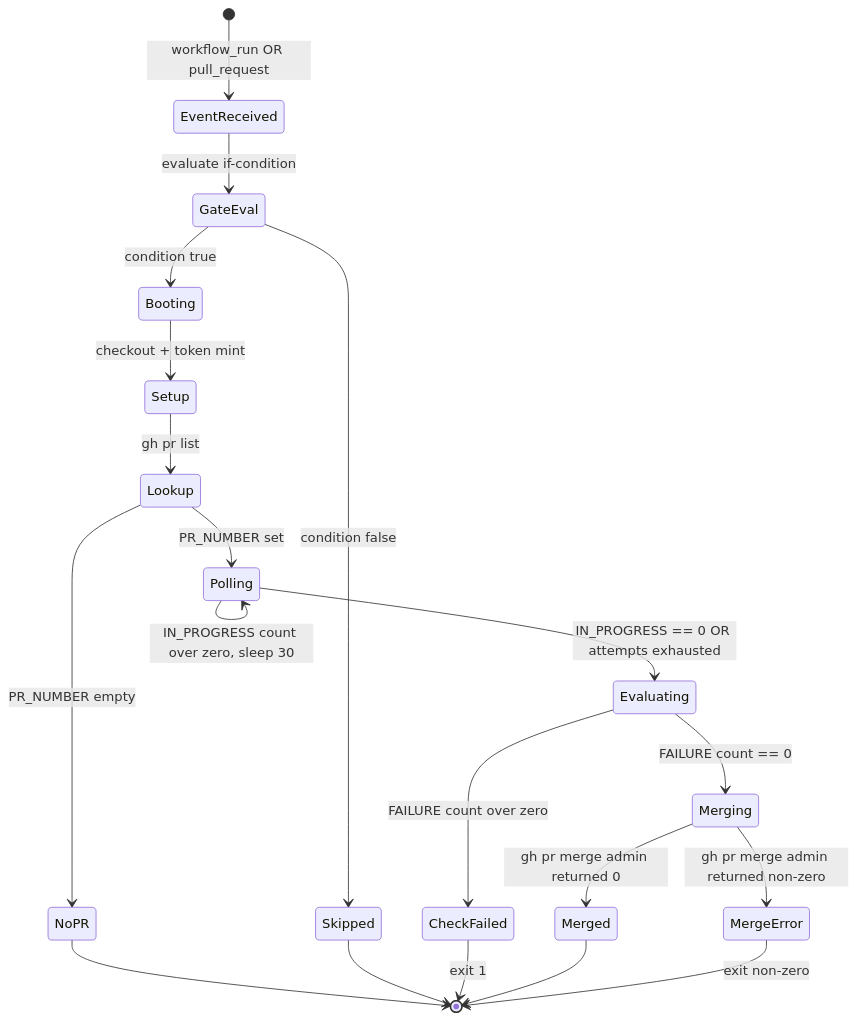
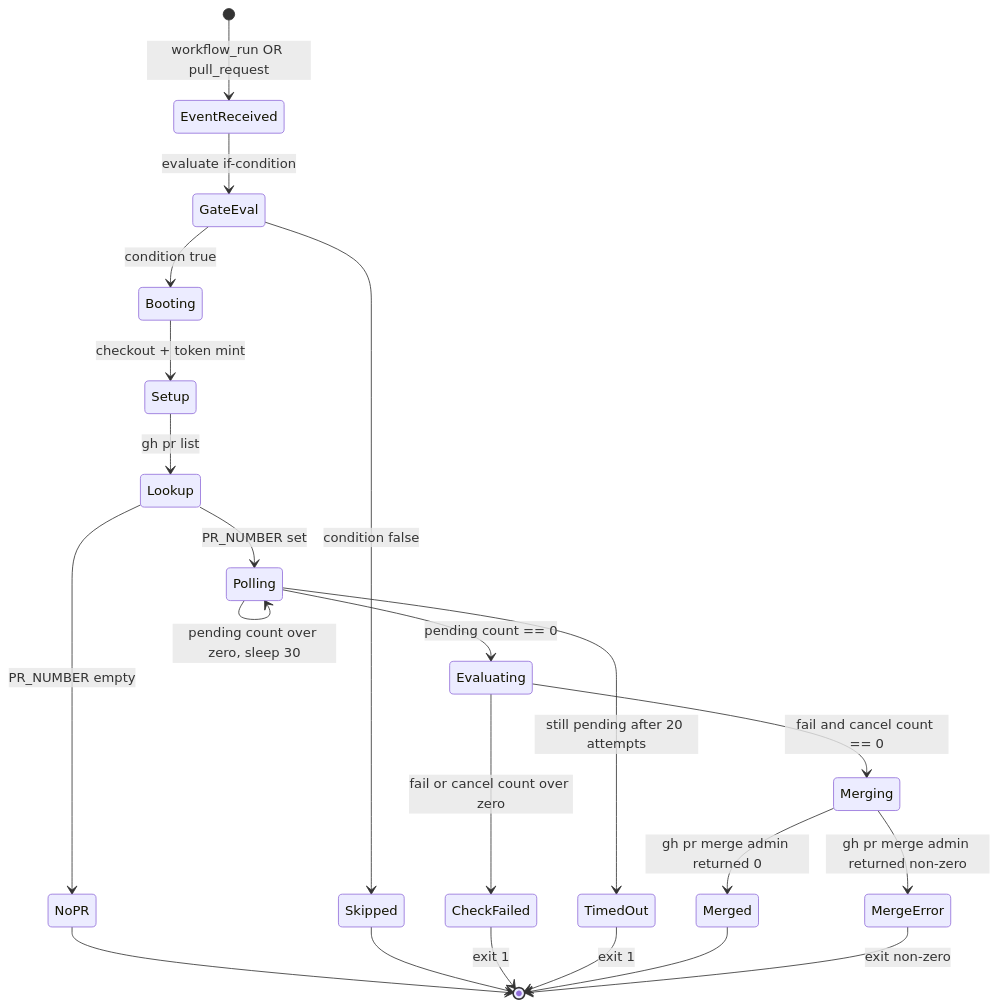
Diagram 11 of 13 in .github/docs/AUTO_MERGE_MAIN_PR_DEEP_DIVE.md (llm-exe/llm-exe), drawn with Mermaid before and after one commit. The commit also changed other lines of this file and 2 other files, not shown here.

First line of the commit message:
ci(auto-merge): wait for queued checks and fail closed on timeout

````diff
--- a/.github/docs/AUTO_MERGE_MAIN_PR_DEEP_DIVE.md
+++ b/.github/docs/AUTO_MERGE_MAIN_PR_DEEP_DIVE.md
@@ -451,22 +450,24 @@
 ```mermaid
 stateDiagram-v2
     [*] --> EventReceived: workflow_run OR pull_request
     EventReceived --> GateEval: evaluate if-condition
     GateEval --> Skipped: condition false
     GateEval --> Booting: condition true
     Booting --> Setup: checkout + token mint
     Setup --> Lookup: gh pr list
     Lookup --> NoPR: PR_NUMBER empty
     Lookup --> Polling: PR_NUMBER set
-    Polling --> Polling: IN_PROGRESS count over zero, sleep 30
-    Polling --> Evaluating: IN_PROGRESS == 0 OR attempts exhausted
-    Evaluating --> CheckFailed: FAILURE count over zero
-    Evaluating --> Merging: FAILURE count == 0
+    Polling --> Polling: pending count over zero, sleep 30
+    Polling --> Evaluating: pending count == 0
+    Polling --> TimedOut: still pending after 20 attempts
+    Evaluating --> CheckFailed: fail or cancel count over zero
+    Evaluating --> Merging: fail and cancel count == 0
     Merging --> Merged: gh pr merge admin returned 0
     Merging --> MergeError: gh pr merge admin returned non-zero
     NoPR --> [*]
     Skipped --> [*]
     CheckFailed --> [*]: exit 1
+    TimedOut --> [*]: exit 1
     Merged --> [*]
     MergeError --> [*]: exit non-zero
 ```
````
